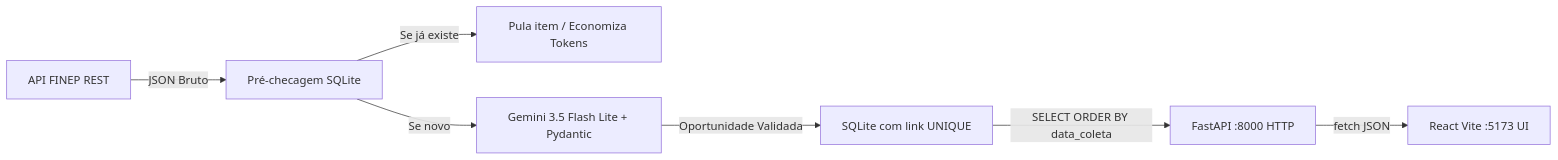
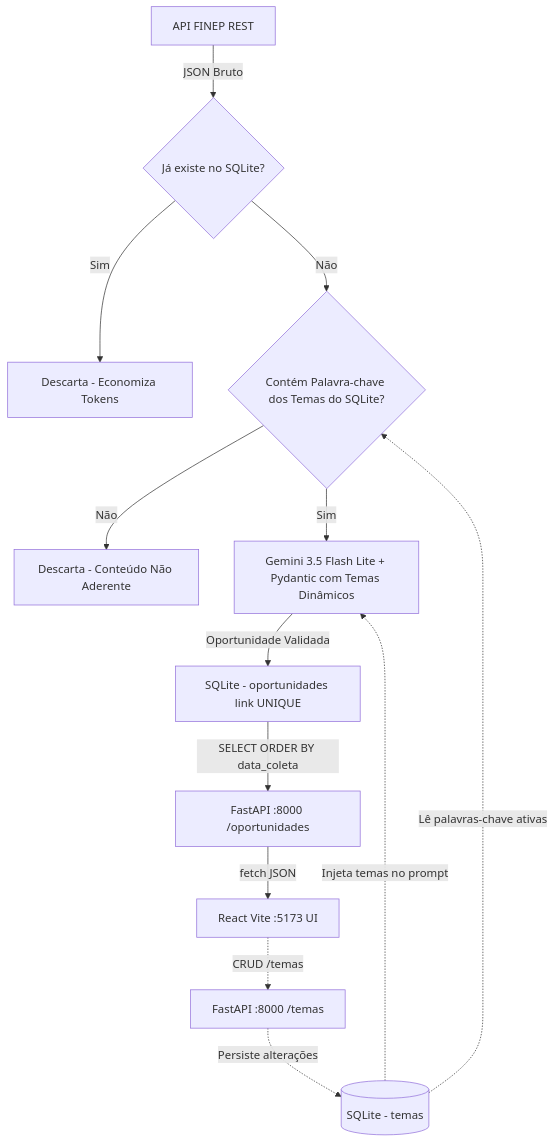
One commit to caioSiqueiraSantos/Buscador-de-Editais changed the diagram in doc/03_Fluxo_de_Dados.md. Above: the diagram before and after it, drawn with Mermaid. The commit also changed other lines of this file and 8 other files, not shown here.

````diff
--- a/doc/03_Fluxo_de_Dados.md
+++ b/doc/03_Fluxo_de_Dados.md
@@ -52,9 +56,15 @@
 ```mermaid
-flowchart LR
-    A[API FINEP REST] -->|JSON Bruto| B[Pré-checagem SQLite]
-    B -->|Se já existe| C[Pula item / Economiza Tokens]
-    B -->|Se novo| D[Gemini 3.5 Flash Lite + Pydantic]
-    D -->|Oportunidade Validada| E[SQLite com link UNIQUE]
-    E -->|SELECT ORDER BY data_coleta| F[FastAPI :8000 HTTP]
-    F -->|fetch JSON| G[React Vite :5173 UI]
+flowchart TD
+    A[API FINEP REST] -->|JSON Bruto| B{Já existe no SQLite?}
+    B -->|Sim| C[Descarta - Economiza Tokens]
+    B -->|Não| D{Contém Palavra-chave dos Temas do SQLite?}
+    D -->|Não| E[Descarta - Conteúdo Não Aderente]
+    D -->|Sim| F[Gemini 3.5 Flash Lite + Pydantic com Temas Dinâmicos]
+    F -->|Oportunidade Validada| G[SQLite - oportunidades link UNIQUE]
+    G -->|SELECT ORDER BY data_coleta| H[FastAPI :8000 /oportunidades]
+    H -->|fetch JSON| I[React Vite :5173 UI]
+    J[(SQLite - temas)] -.->|Lê palavras-chave ativas| D
+    J -.->|Injeta temas no prompt| F
+    I -.->|CRUD /temas| K[FastAPI :8000 /temas]
+    K -.->|Persiste alterações| J
 ```
````
